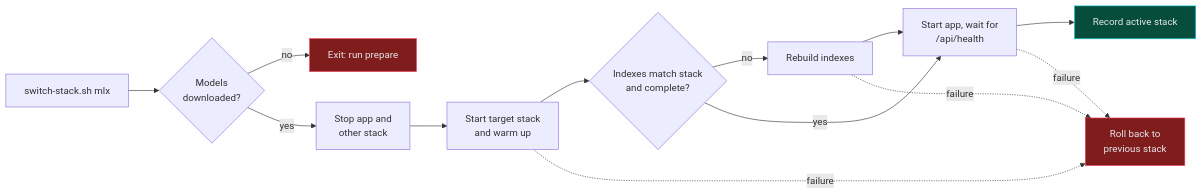
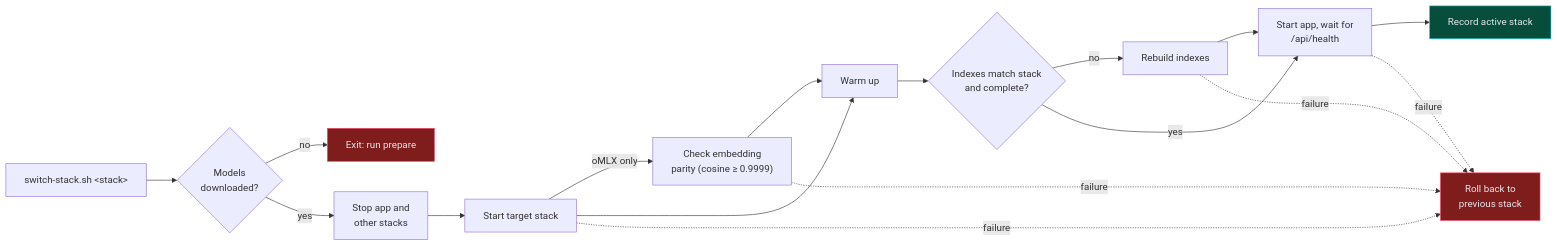
One commit to sebdallais-git/PharmaCyberLLM changed the first of 4 diagrams in README.md. Above: the diagram before and after it, drawn with Mermaid. The commit also changed other lines of this file and 1 other file, not shown here.

First line of the commit message:
docs: document the omlx stack and UI switching

````diff
--- a/README.md
+++ b/README.md
@@ -204,19 +225,23 @@
 ```mermaid
 flowchart LR
-    A["switch-stack.sh mlx"] --> B{"Models<br/>downloaded?"}
+    A["switch-stack.sh &lt;stack&gt;"] --> B{"Models<br/>downloaded?"}
     B -- no --> X["Exit: run prepare"]
-    B -- yes --> C["Stop app and<br/>other stack"]
-    C --> D["Start target stack<br/>and warm up"]
-    D --> E{"Indexes match stack<br/>and complete?"}
+    B -- yes --> C["Stop app and<br/>other stacks"]
+    C --> D["Start target stack"]
+    D -- "oMLX only" --> P["Check embedding<br/>parity (cosine ≥ 0.9999)"]
+    D --> W["Warm up"]
+    P --> W
+    W --> E{"Indexes match stack<br/>and complete?"}
     E -- no --> F["Rebuild indexes"]
     E -- yes --> G["Start app, wait for<br/>/api/health"]
     F --> G
     G --> H["Record active stack"]
     D -. failure .-> R["Roll back to<br/>previous stack"]
+    P -. failure .-> R
     F -. failure .-> R
     G -. failure .-> R
 
     style H fill:#064e3b,stroke:#22d3ee,color:#e5e7eb
     style R fill:#7f1d1d,stroke:#f43f5e,color:#e5e7eb
     style X fill:#7f1d1d,stroke:#f43f5e,color:#e5e7eb
 ```
````
